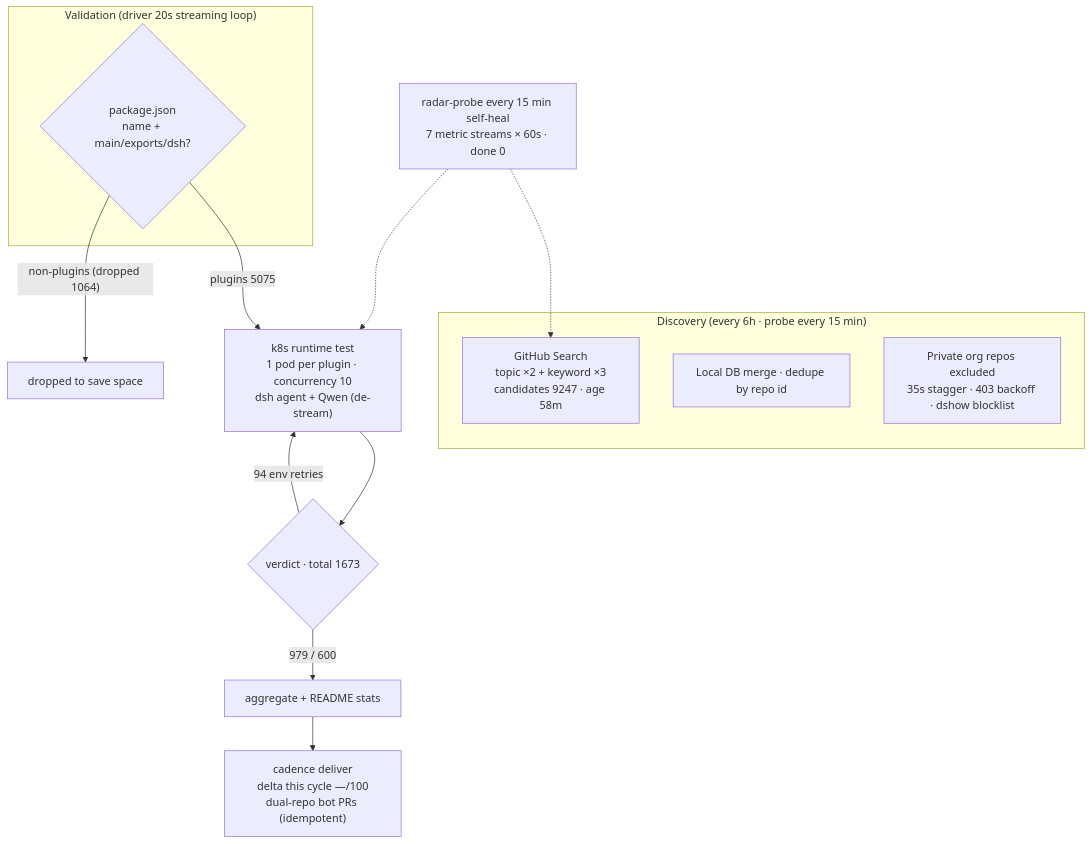
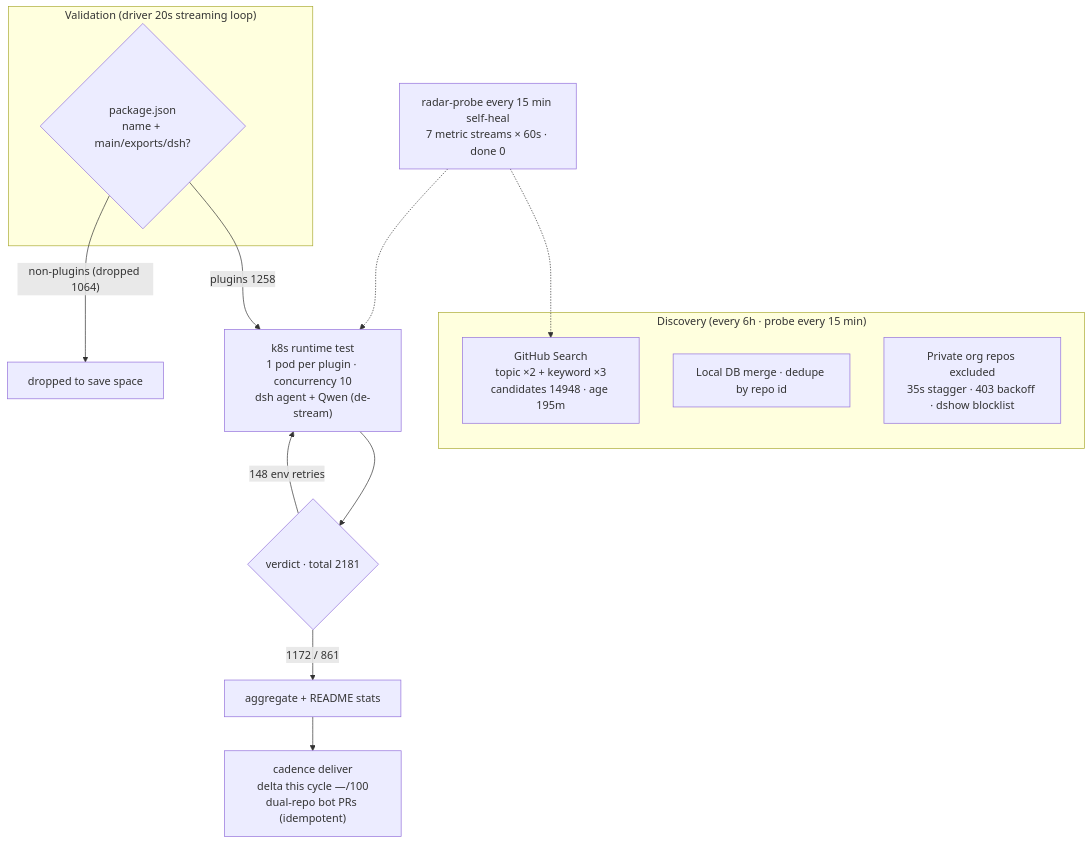
The diagram in README.en-US.md (Zhidao-Lab-OSS/awesome-dsh-plugins), drawn with Mermaid before and after one commit. The commit also changed other lines of this file and 4 other files, not shown here.

````diff
--- a/README.en-US.md
+++ b/README.en-US.md
@@ -30,20 +30,20 @@
 ```mermaid
 flowchart TB
     subgraph Discovery["Discovery (every 6h · probe every 15 min)"]
-        A1["GitHub Search<br/>topic ×2 + keyword ×3<br/>candidates 9247 · age 58m"]
+        A1["GitHub Search<br/>topic ×2 + keyword ×3<br/>candidates 14948 · age 195m"]
         A2["Local DB merge · dedupe by repo id"]
         A3["Private org repos excluded<br/>35s stagger · 403 backoff · dshow blocklist"]
     end
     subgraph Validation["Validation (driver 20s streaming loop)"]
         B1{"package.json<br/>name + main/exports/dsh?"}
     end
-    B1 -->|"plugins 5075"| C1["k8s runtime test<br/>1 pod per plugin · concurrency 10<br/>dsh agent + Qwen (de-stream)"]
+    B1 -->|"plugins 1258"| C1["k8s runtime test<br/>1 pod per plugin · concurrency 10<br/>dsh agent + Qwen (de-stream)"]
     B1 -->|"non-plugins (dropped 1064)"| B3["dropped to save space"]
-    C1 --> D1{"verdict · total 1673"}
-    D1 -->|"979 / 600"| E1["aggregate + README stats"]
-    D1 -->|"94 env retries"| C1
+    C1 --> D1{"verdict · total 2181"}
+    D1 -->|"1172 / 861"| E1["aggregate + README stats"]
+    D1 -->|"148 env retries"| C1
     E1 --> E2["cadence deliver<br/>delta this cycle —/100<br/>dual-repo bot PRs (idempotent)"]
     M["radar-probe every 15 min self-heal<br/>7 metric streams × 60s · done 0"]
     M -.-> A1
     M -.-> C1
 ```
````
